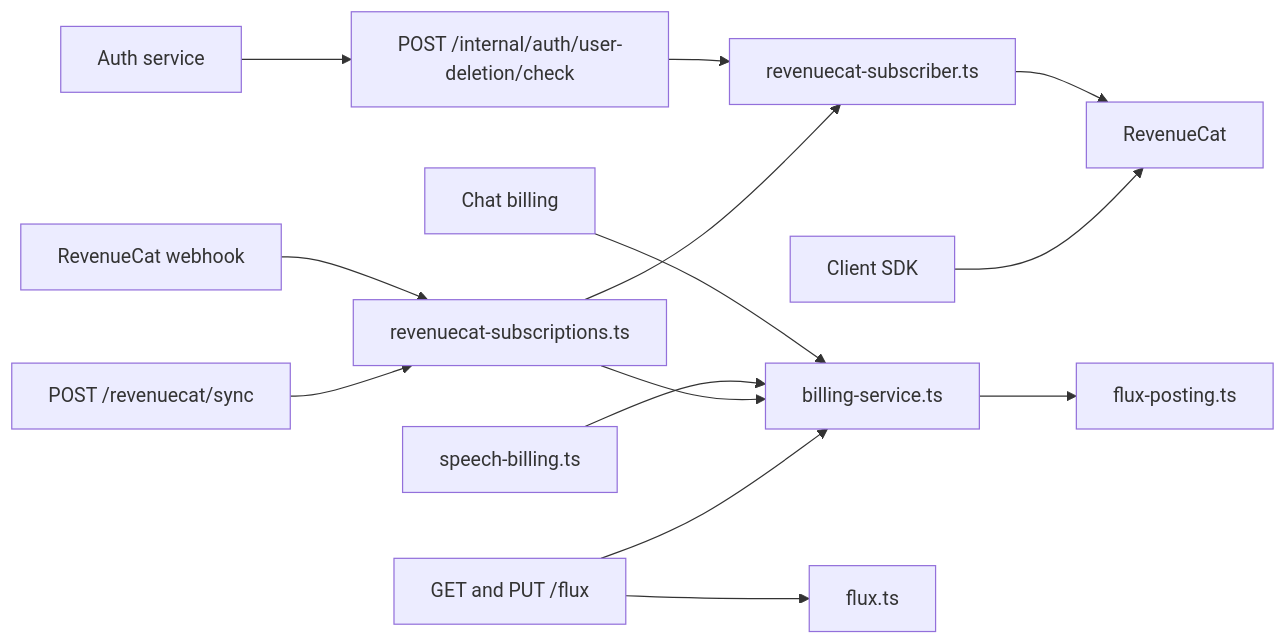
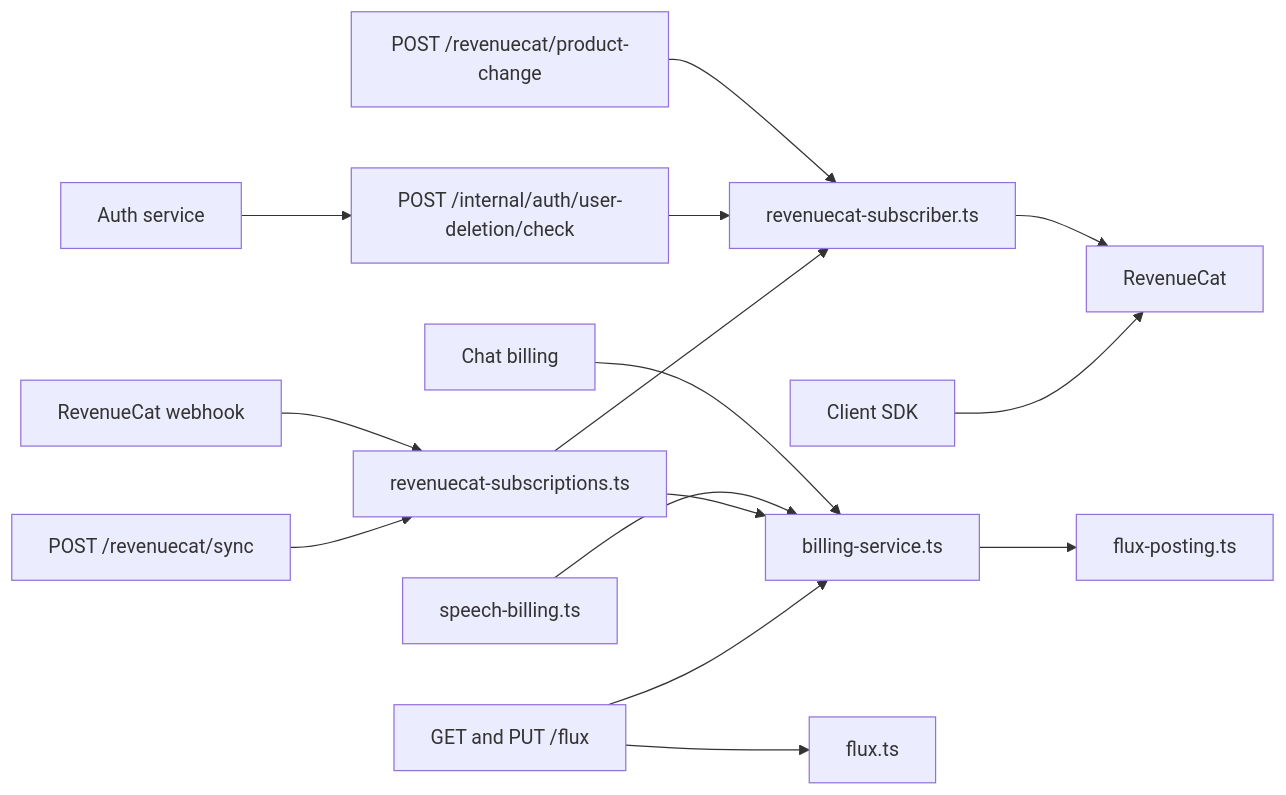
One commit to moeru-ai/airi changed the first of 2 diagrams in server/docs/ai/adr/2026-10-04-subscription-credits.md. Above: the diagram before and after it, drawn with Mermaid. The commit also changed other lines of this file and 18 other files, not shown here.

````diff
--- a/server/docs/ai/adr/2026-10-04-subscription-credits.md
+++ b/server/docs/ai/adr/2026-10-04-subscription-credits.md
@@ -183,16 +206,17 @@
 ```mermaid
 flowchart LR
   Chat[Chat billing] --> Billing[billing-service.ts]
   Speech[speech-billing.ts] --> Billing
   Billing --> Posting[flux-posting.ts]
   Webhook[RevenueCat webhook] --> Sync["revenuecat-subscriptions.ts"]
   SyncRoute["POST /revenuecat/sync"] --> Sync
+  ChangeRoute["POST /revenuecat/product-change"] --> Reader
   Auth[Auth service] --> Check["POST /internal/auth/user-deletion/check"]
   Check --> Reader
   Sync --> Reader["revenuecat-subscriber.ts"]
   Reader --> RC[RevenueCat]
   Sync --> Billing
   Client[Client SDK] --> RC
   FluxRoute["GET and PUT /flux"] --> Billing
   FluxRoute --> FluxService[flux.ts]
 ```
````
